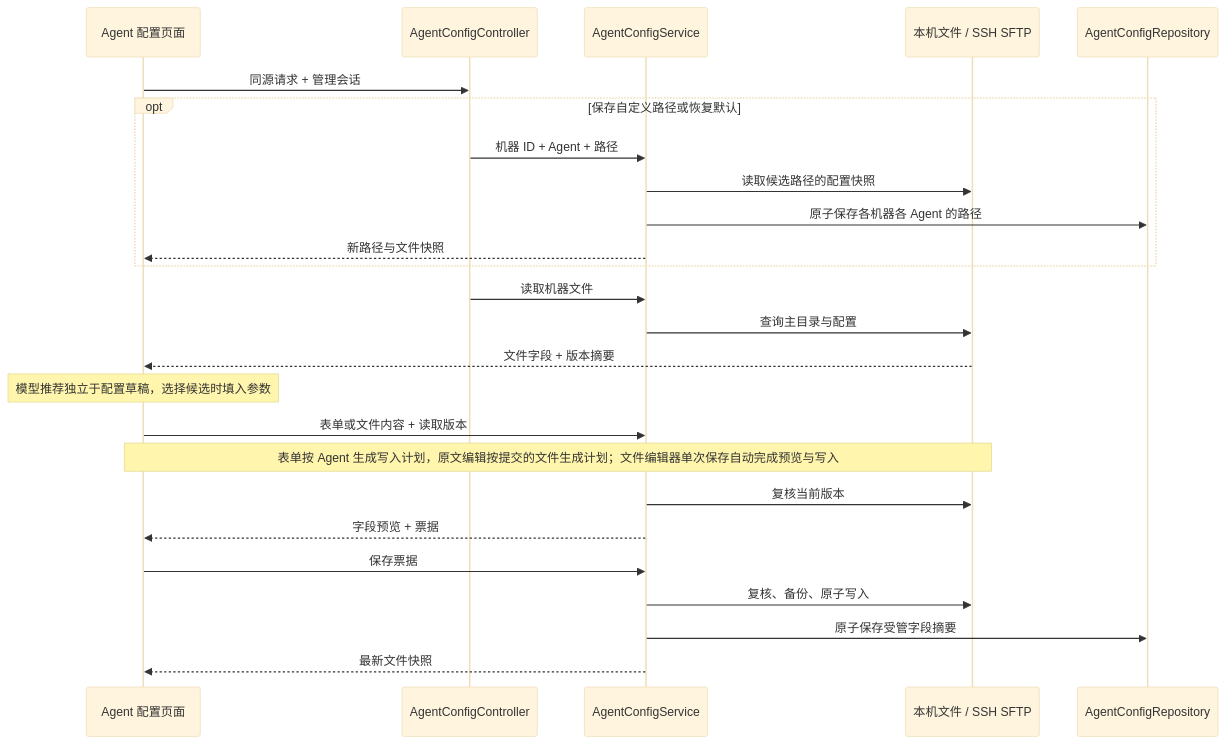
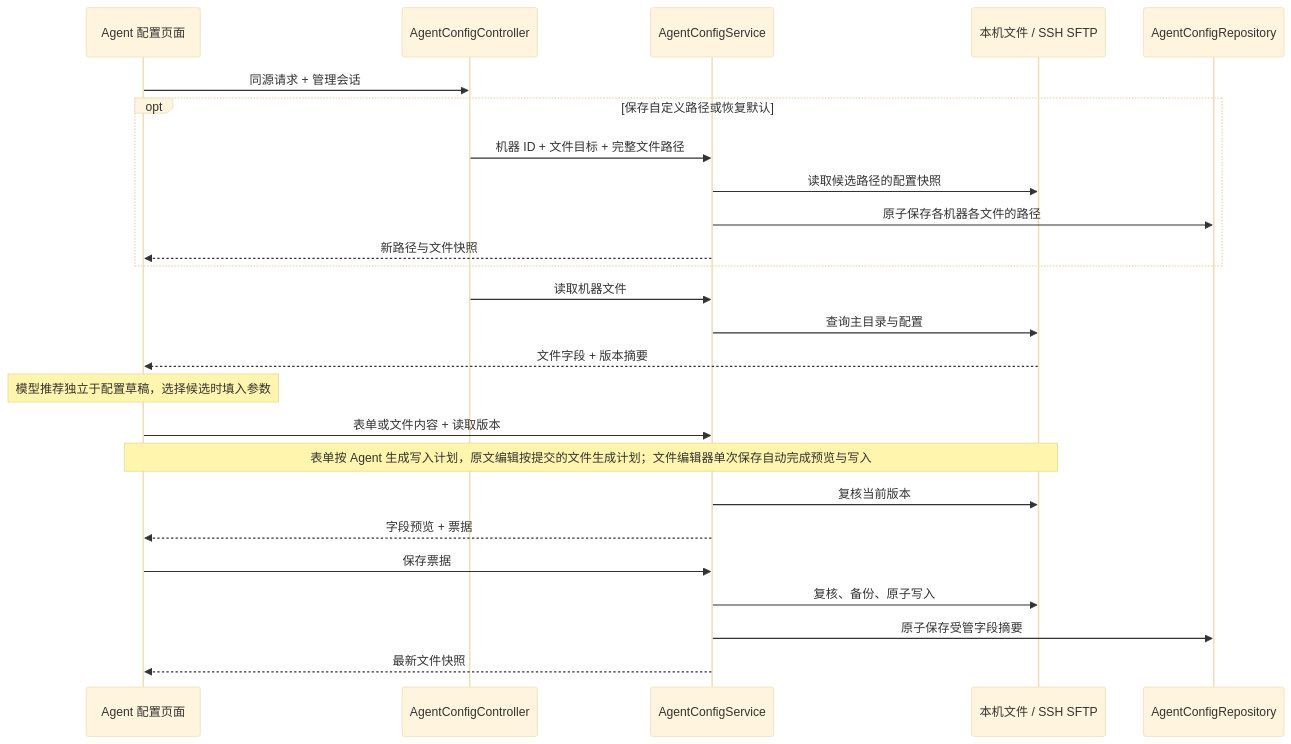
The sixth of 13 diagrams in docs/architecture-4plus1.md (VonSdite/LLM_Proxy), drawn with Mermaid (base theme) before and after one commit. The commit also changed other lines of this file and 246 other files, not shown here.

````diff
--- a/docs/architecture-4plus1.md
+++ b/docs/architecture-4plus1.md
@@ -1139,27 +1232,27 @@
 ```mermaid
 sequenceDiagram
     participant Browser as Agent 配置页面
     participant API as AgentConfigController
     participant Service as AgentConfigService
     participant Files as 本机文件 / SSH SFTP
     participant State as AgentConfigRepository
     Browser->>API: 同源请求 + 管理会话
     opt 保存自定义路径或恢复默认
-        API->>Service: 机器 ID + Agent + 路径
+        API->>Service: 机器 ID + 文件目标 + 完整文件路径
         Service->>Files: 读取候选路径的配置快照
-        Service->>State: 原子保存各机器各 Agent 的路径
+        Service->>State: 原子保存各机器各文件的路径
         Service-->>Browser: 新路径与文件快照
     end
     API->>Service: 读取机器文件
     Service->>Files: 查询主目录与配置
     Files-->>Browser: 文件字段 + 版本摘要
     Note over Browser: 模型推荐独立于配置草稿，选择候选时填入参数
     Browser->>Service: 表单或文件内容 + 读取版本
     Note over Browser,Files: 表单按 Agent 生成写入计划，原文编辑按提交的文件生成计划；文件编辑器单次保存自动完成预览与写入
     Service->>Files: 复核当前版本
     Service-->>Browser: 字段预览 + 票据
     Browser->>Service: 保存票据
     Service->>Files: 复核、备份、原子写入
     Service->>State: 原子保存受管字段摘要
     Service-->>Browser: 最新文件快照
 ```
````
